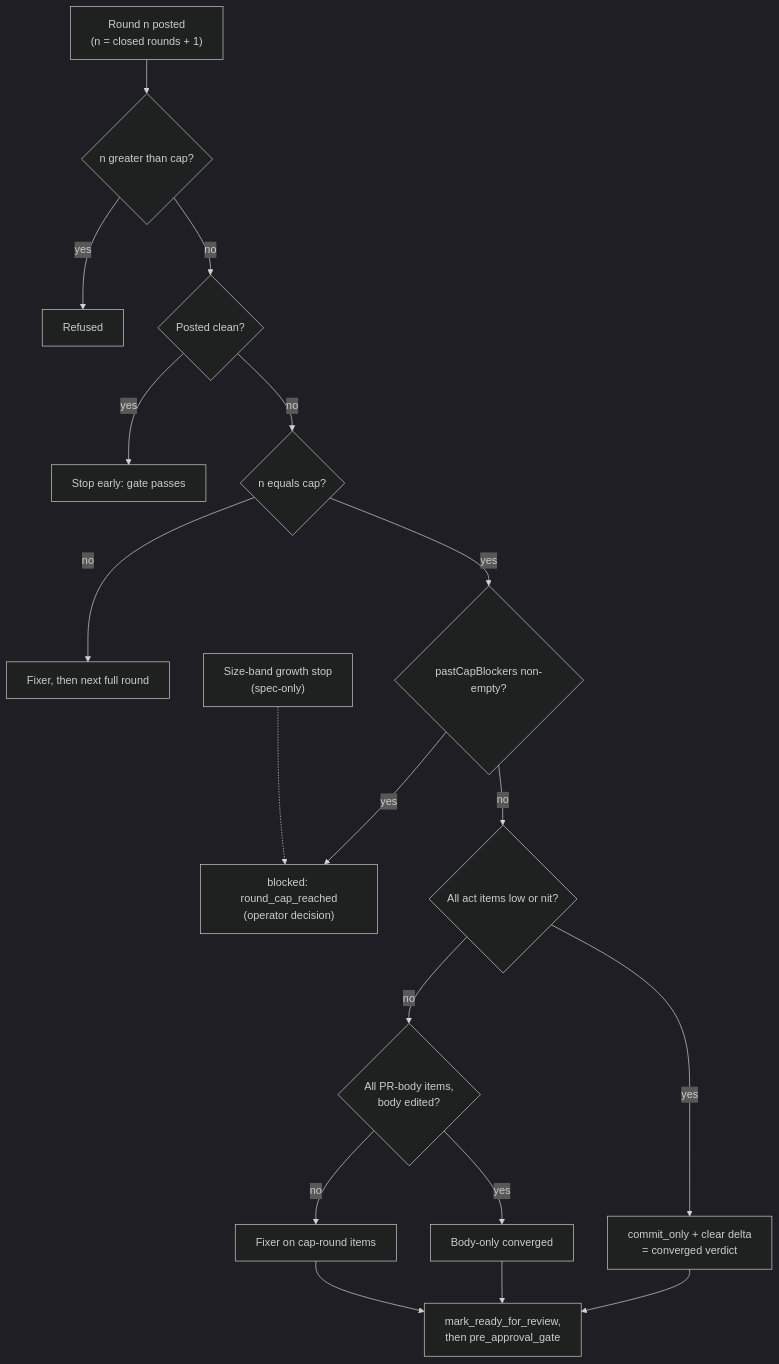
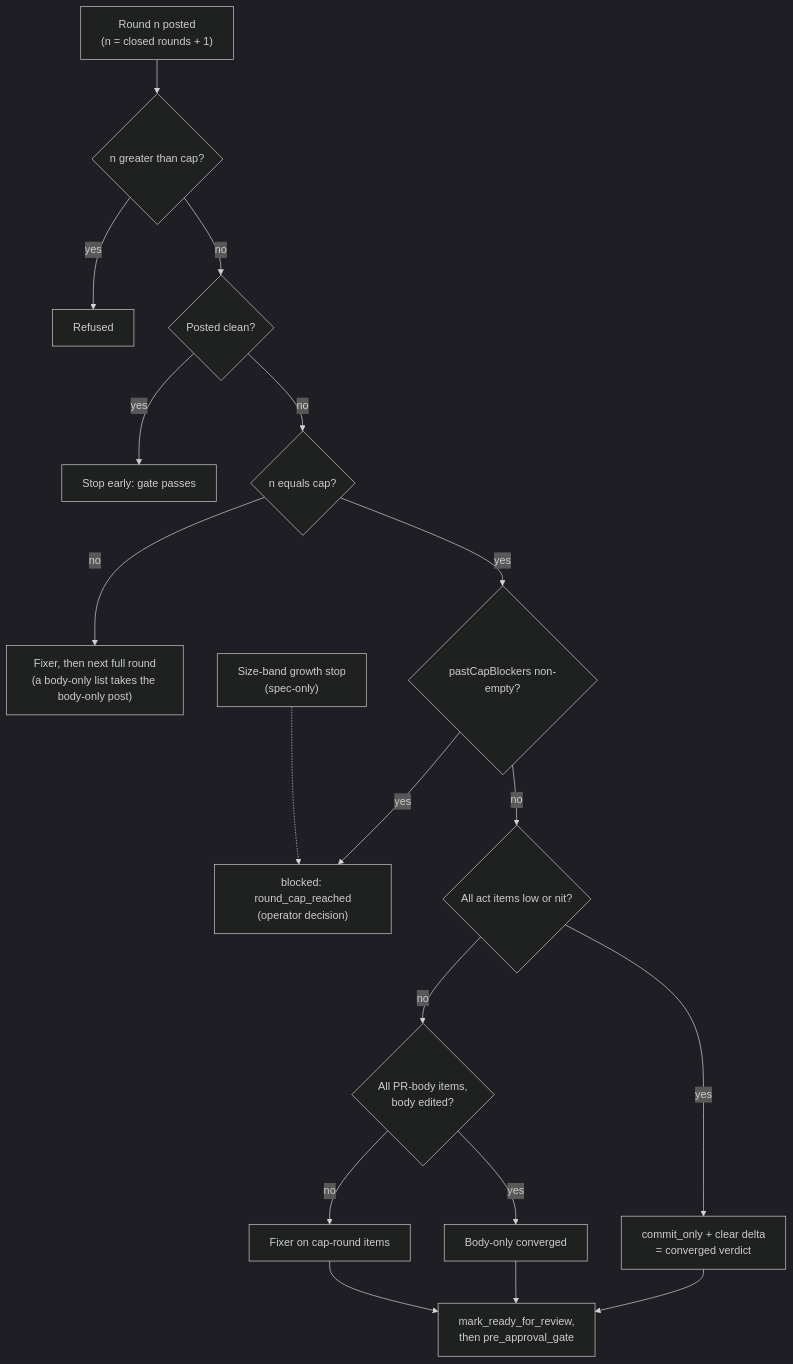
Before and after one commit to mfittko/dev-loops: the tenth of 12 diagrams in docs/atlas/05-gate-subloop.md, drawn with Mermaid (dark theme). The commit also changed other lines of this file and 9 other files, not shown here.

First line of the commit message:
fix(gate): align cap-round wording with the any-round body-only route

````diff
--- a/docs/atlas/05-gate-subloop.md
+++ b/docs/atlas/05-gate-subloop.md
@@ -280,20 +280,20 @@
 ```mermaid
 flowchart TD
   N["Round n posted<br/>(n = closed rounds + 1)"] --> RF{"n greater than cap?"}
   RF -->|yes| REF["Refused"]
   RF -->|no| CLN{"Posted clean?"}
   CLN -->|yes| PASS["Stop early: gate passes"]
   CLN -->|no| CAP{"n equals cap?"}
-  CAP -->|no| FIX["Fixer, then next full round"]
+  CAP -->|no| FIX["Fixer, then next full round<br/>(a body-only list takes the body-only post)"]
   CAP -->|yes| BLK{"pastCapBlockers non-empty?"}
   BLK -->|yes| HUM["blocked: round_cap_reached<br/>(operator decision)"]
   BLK -->|no| LOW{"All act items low or nit?"}
   LOW -->|yes| CONV["commit_only + clear delta<br/>= converged verdict"]
   LOW -->|no| BODY{"All PR-body items,<br/>body edited?"}
   BODY -->|yes| BCONV["Body-only converged"]
   BODY -->|no| CFIX["Fixer on cap-round items"]
   CONV --> RDY["mark_ready_for_review,<br/>then pre_approval_gate"]
   BCONV --> RDY
   CFIX --> RDY
   SPEC["Size-band growth stop<br/>(spec-only)"] -.-> HUM
 ```
````
